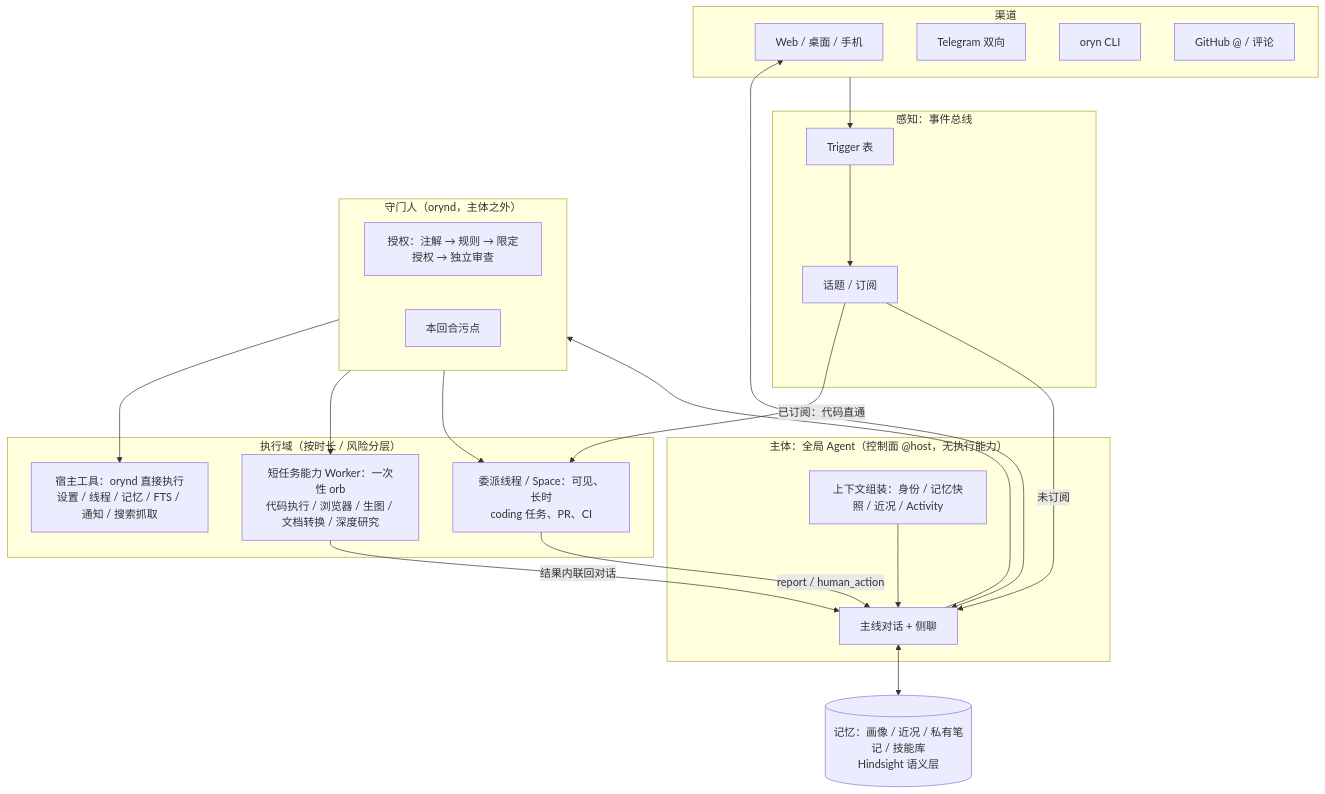
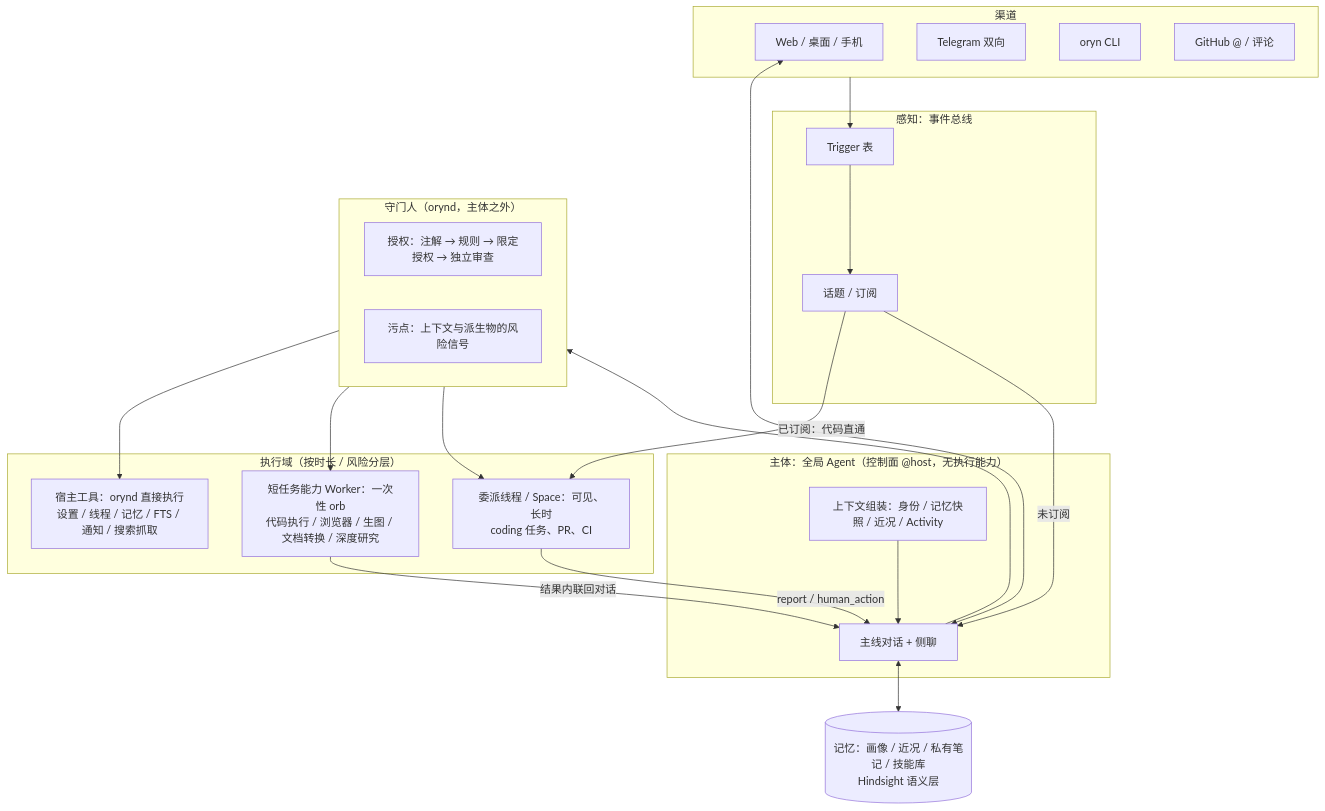
One commit to Lynricsy/Oryn changed the diagram in docs/research/research-SuperAgent.md. Above: the diagram before and after it, drawn with Mermaid. The commit also changed other lines of this file, not shown here.

````diff
--- a/docs/research/research-SuperAgent.md
+++ b/docs/research/research-SuperAgent.md
@@ -61,35 +61,35 @@
 ```mermaid
 flowchart TB
   subgraph CH[渠道]
     W[Web / 桌面 / 手机] 
     TG[Telegram 双向]
     CLI[oryn CLI]
     GH[GitHub @ / 评论]
   end
   subgraph EV[感知：事件总线]
     TR[Trigger 表] --> TP[话题 / 订阅]
   end
   subgraph P[主体：全局 Agent（控制面 @host，无执行能力）]
     MAIN[主线对话 + 侧聊]
     CTX[上下文组装：身份 / 记忆快照 / 近况 / Activity]
   end
   subgraph AUTH[守门人（orynd，主体之外）]
     POL[授权：注解 → 规则 → 限定授权 → 独立审查]
-    TAINT[本回合污点]
+    TAINT[污点：上下文与派生物的风险信号]
   end
   subgraph H[执行域（按时长 / 风险分层）]
     H1[宿主工具：orynd 直接执行<br/>设置 / 线程 / 记忆 / FTS / 通知 / 搜索抓取]
     H2[短任务能力 Worker：一次性 orb<br/>代码执行 / 浏览器 / 生图 / 文档转换 / 深度研究]
     H3[委派线程 / Space：可见、长时<br/>coding 任务、PR、CI]
   end
   MEM[(记忆：画像 / 近况 / 私有笔记 / 技能库<br/>Hindsight 语义层)]
   CH --> TR
   TP -- 已订阅：代码直通 --> H3
   TP -- 未订阅 --> MAIN
   W <--> MAIN
   MAIN --> AUTH --> H1 & H2 & H3
   H2 -- 结果内联回对话 --> MAIN
   H3 -- report / human_action --> MAIN
   MAIN <--> MEM
   CTX --> MAIN
 ```
````
